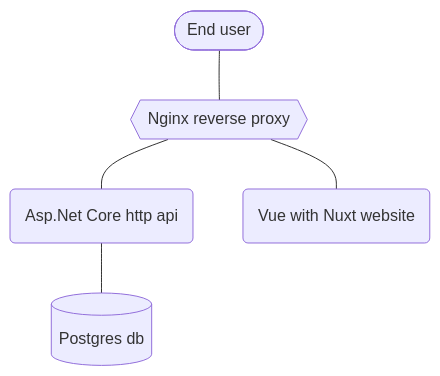
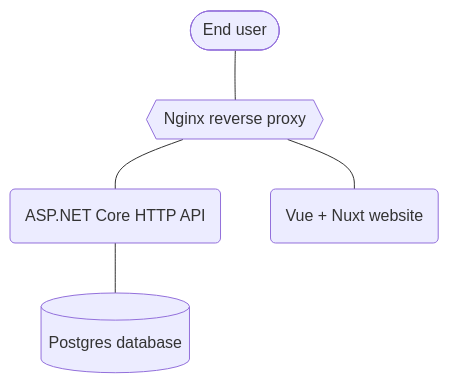
Before and after one commit to kacperwyczawski/sigma-cars: the first of 2 diagrams in README.md, drawn with Mermaid. The commit also changed other lines of this file, not shown here.

Commit message:
docs: update diagrams

````diff
--- a/README.md
+++ b/README.md
@@ -66,7 +66,7 @@
 ```mermaid
 flowchart TD
     user([End user]) --- nginx{{Nginx reverse proxy}}
-    nginx --- backend(Asp.Net Core http api)
-    backend --- database[(Postgres db)]
-    nginx --- frontend(Vue with Nuxt website)
+    nginx --- backend(ASP.NET Core HTTP API)
+    backend --- database[(Postgres database)]
+    nginx --- frontend(Vue + Nuxt website)
 ```
````
